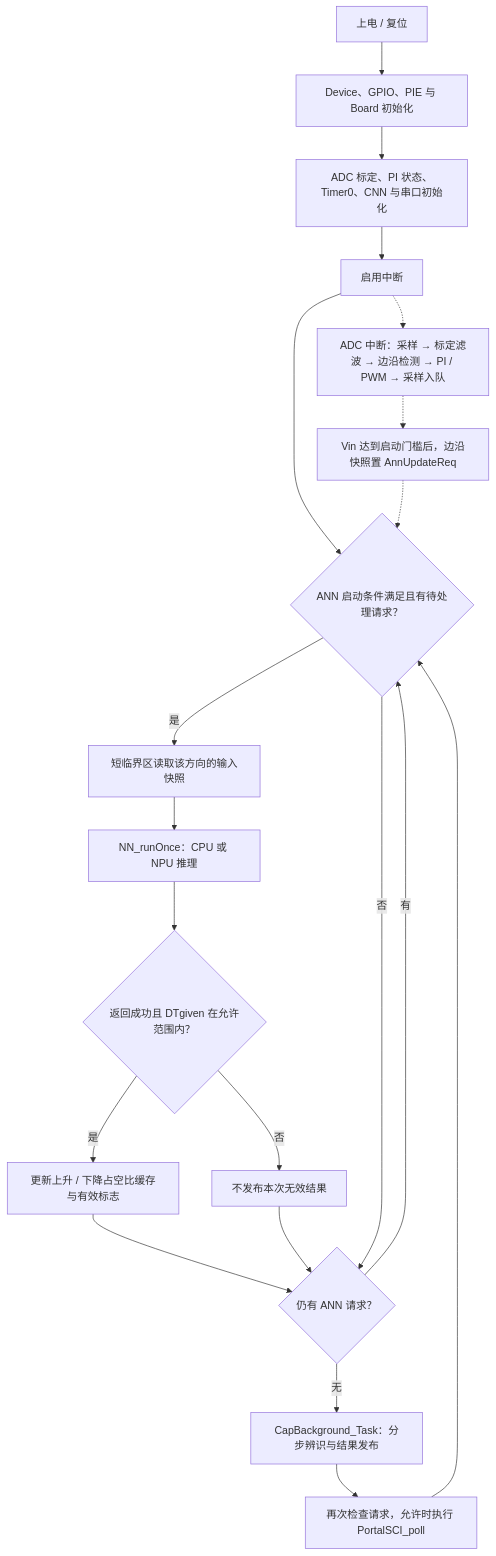
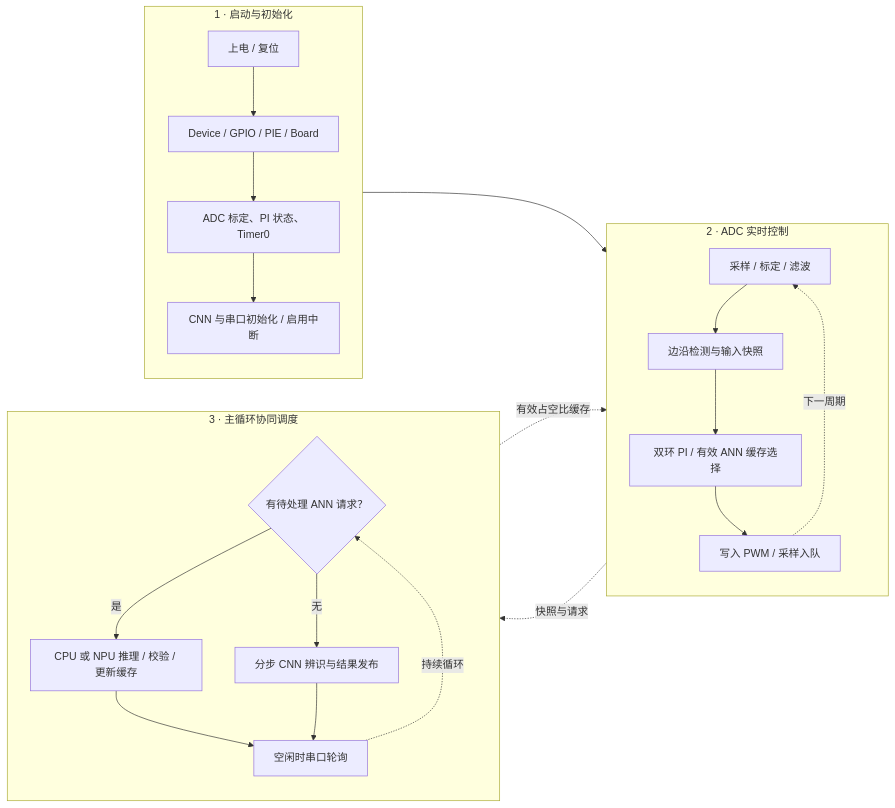
One commit to zhouyingjie-111/Electronic_Capacitor_Platform changed the first of 3 diagrams in README.md. Above: the diagram before and after it, drawn with Mermaid. The commit also changed other lines of this file and 11 other files, not shown here.

````diff
--- a/README.md
+++ b/README.md
@@ -243,22 +243,27 @@
 ```mermaid
-flowchart TD
-    BOOT["上电 / 复位"] --> INIT["Device、GPIO、PIE 与 Board 初始化"]
-    INIT --> SETUP["ADC 标定、PI 状态、Timer0、CNN 与串口初始化"]
-    SETUP --> ENABLE["启用中断"]
-    ENABLE --> LOOP{"ANN 启动条件满足且有待处理请求？"}
-    LOOP -->|是| SNAP["短临界区读取该方向的输入快照"]
-    SNAP --> INFER["NN_runOnce：CPU 或 NPU 推理"]
-    INFER --> VALID{"返回成功且 DTgiven 在允许范围内？"}
-    VALID -->|是| SAVE["更新上升 / 下降占空比缓存与有效标志"]
-    VALID -->|否| KEEP["不发布本次无效结果"]
-    SAVE --> FREE{"仍有 ANN 请求？"}
-    KEEP --> FREE
-    LOOP -->|否| FREE
-    FREE -->|有| LOOP
-    FREE -->|无| CAP["CapBackground_Task：分步辨识与结果发布"]
-    CAP --> SERIAL["再次检查请求，允许时执行 PortalSCI_poll"]
-    SERIAL --> LOOP
-    ENABLE -.-> ADC["ADC 中断：采样 → 标定滤波 → 边沿检测 → PI / PWM → 采样入队"]
-    ADC -.-> REQ["Vin 达到启动门槛后，边沿快照置 AnnUpdateReq"]
-    REQ -.-> LOOP
+flowchart LR
+    subgraph INIT["1 · 启动与初始化"]
+        direction TB
+        A["上电 / 复位"] --> B["Device / GPIO / PIE / Board"]
+        B --> C["ADC 标定、PI 状态、Timer0"]
+        C --> D["CNN 与串口初始化 / 启用中断"]
+    end
+    subgraph REALTIME["2 · ADC 实时控制"]
+        direction TB
+        E["采样 / 标定 / 滤波"] --> F["边沿检测与输入快照"]
+        F --> G["双环 PI / 有效 ANN 缓存选择"]
+        G --> H["写入 PWM / 采样入队"]
+        H -.下一周期.-> E
+    end
+    subgraph BACKGROUND["3 · 主循环协同调度"]
+        direction TB
+        I{"有待处理 ANN 请求？"} -->|是| J["CPU 或 NPU 推理 / 校验 / 更新缓存"]
+        I -->|无| K["分步 CNN 辨识与结果发布"]
+        J --> L["空闲时串口轮询"]
+        K --> L
+        L -.持续循环.-> I
+    end
+    INIT --> REALTIME
+    REALTIME -.快照与请求.-> BACKGROUND
+    BACKGROUND -.有效占空比缓存.-> REALTIME
 ```
````
